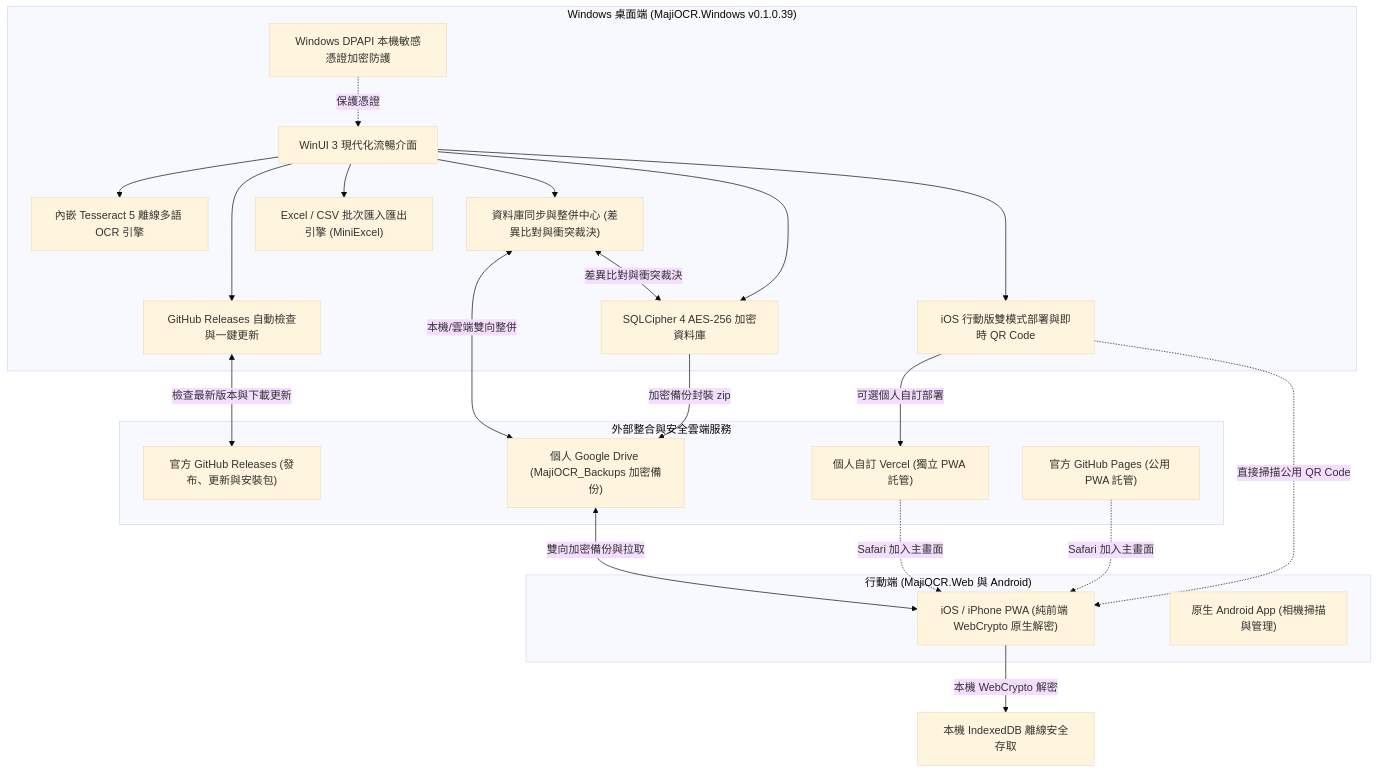
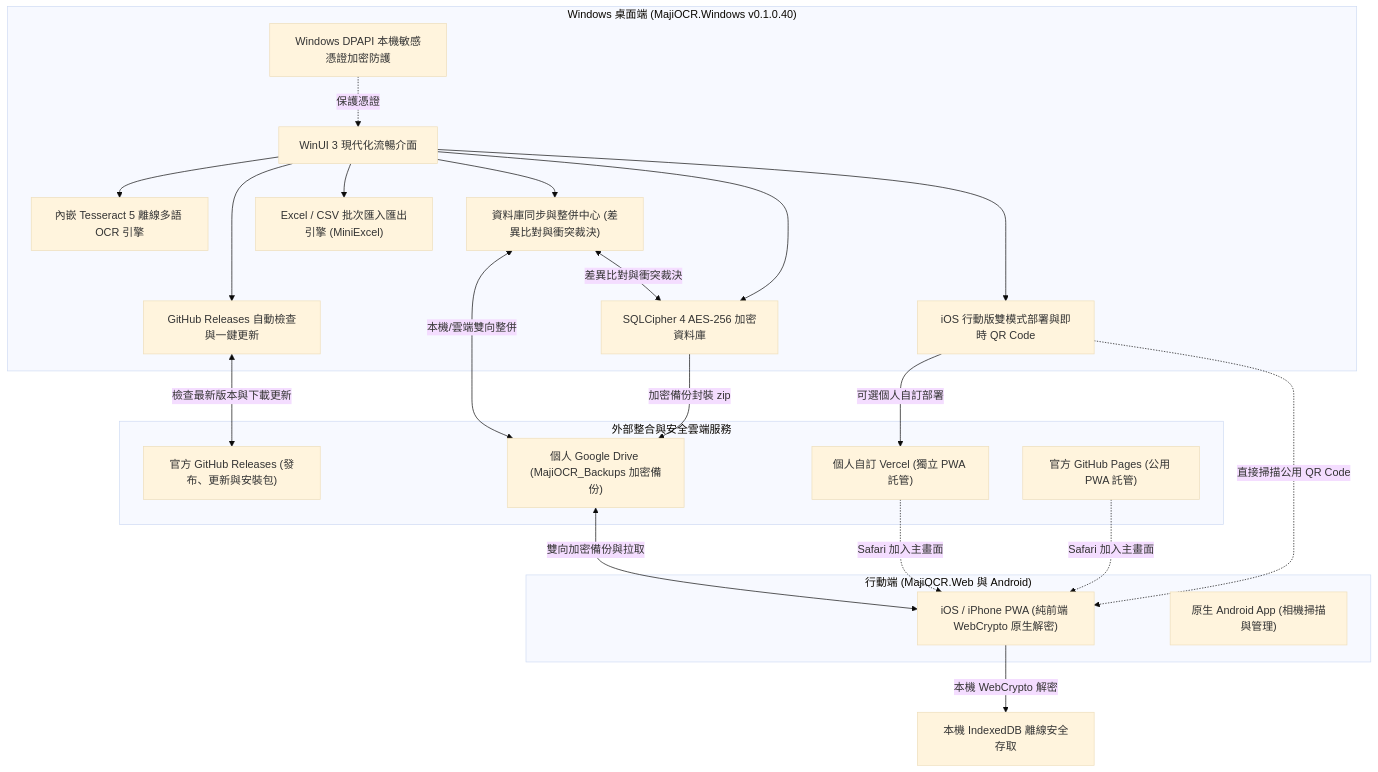
Before and after one commit to Ryan-tw-Hans/MajiStudio: the diagram in README.md, drawn with Mermaid (base theme). The commit also changed other lines of this file and 10 other files, not shown here.

````diff
--- a/README.md
+++ b/README.md
@@ -18,48 +18,48 @@
 ```mermaid
 graph TD
-    subgraph Desktop ["Windows 桌面端 (MajiOCR.Windows v0.1.0.39)"]
+    subgraph Desktop ["Windows 桌面端 (MajiOCR.Windows v0.1.0.40)"]
         WinUI["WinUI 3 現代化流暢介面"]
         Tess["內嵌 Tesseract 5 離線多語 OCR 引擎"]
         SQLCipher["SQLCipher 4 AES-256 加密資料庫"]
         SyncCenter["資料庫同步與整併中心 (差異比對與衝突裁決)"]
         ExcelEngine["Excel / CSV 批次匯入匯出引擎 (MiniExcel)"]
         AutoUpdate["GitHub Releases 自動檢查與一鍵更新"]
         DPAPI["Windows DPAPI 本機敏感憑證加密防護"]
         DualDeploy["iOS 行動版雙模式部署與即時 QR Code"]
     end
 
     subgraph Cloud ["外部整合與安全雲端服務"]
         GHReleases["官方 GitHub Releases (發布、更新與安裝包)"]
         GHPages["官方 GitHub Pages (公用 PWA 託管)"]
         GDrive["個人 Google Drive (MajiOCR_Backups 加密備份)"]
         Vercel["個人自訂 Vercel (獨立 PWA 託管)"]
     end
 
     subgraph Mobile ["行動端 (MajiOCR.Web 與 Android)"]
         PWA["iOS / iPhone PWA (純前端 WebCrypto 原生解密)"]
         AndroidApp["原生 Android App (相機掃描與管理)"]
     end
 
     %% Windows 內部關聯
     WinUI --> Tess
     WinUI --> SQLCipher
     WinUI --> SyncCenter
     WinUI --> ExcelEngine
     WinUI --> AutoUpdate
     WinUI --> DualDeploy
     DPAPI -.->|保護憑證| WinUI
 
     %% 桌面端與雲端/發布關聯
     AutoUpdate <-->|檢查最新版本與下載更新| GHReleases
     DualDeploy -.->|直接掃描公用 QR Code| PWA
     DualDeploy -->|可選個人自訂部署| Vercel
     GHPages -.->|Safari 加入主畫面| PWA
     Vercel -.->|Safari 加入主畫面| PWA
     SQLCipher -->|加密備份封裝 zip| GDrive
     GDrive <-->|雙向加密備份與拉取| PWA
     SyncCenter <-->|本機/雲端雙向整併| GDrive
     SyncCenter <-->|差異比對與衝突裁決| SQLCipher
 
     %% 行動端內部
     PWA -->|本機 WebCrypto 解密| IndexedDB["本機 IndexedDB 離線安全存取"]
 ```
````
